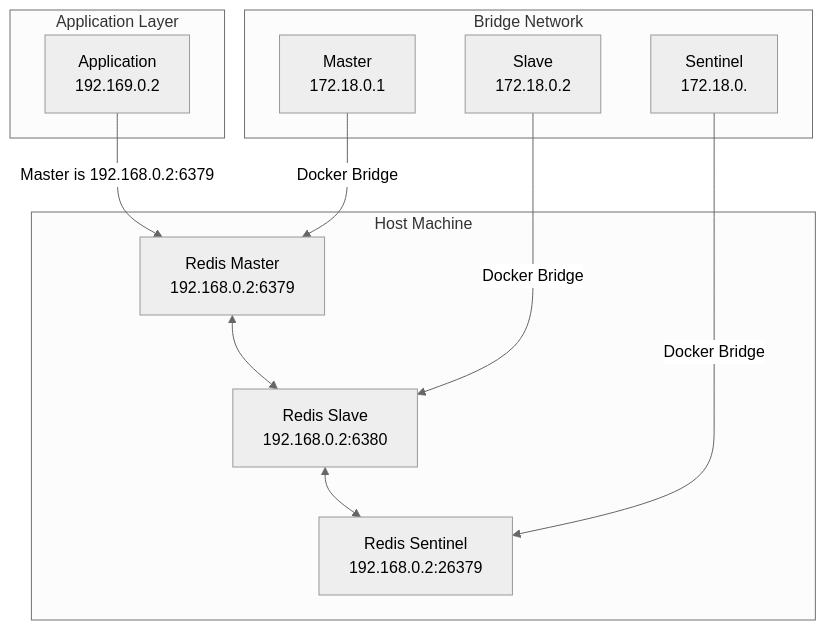
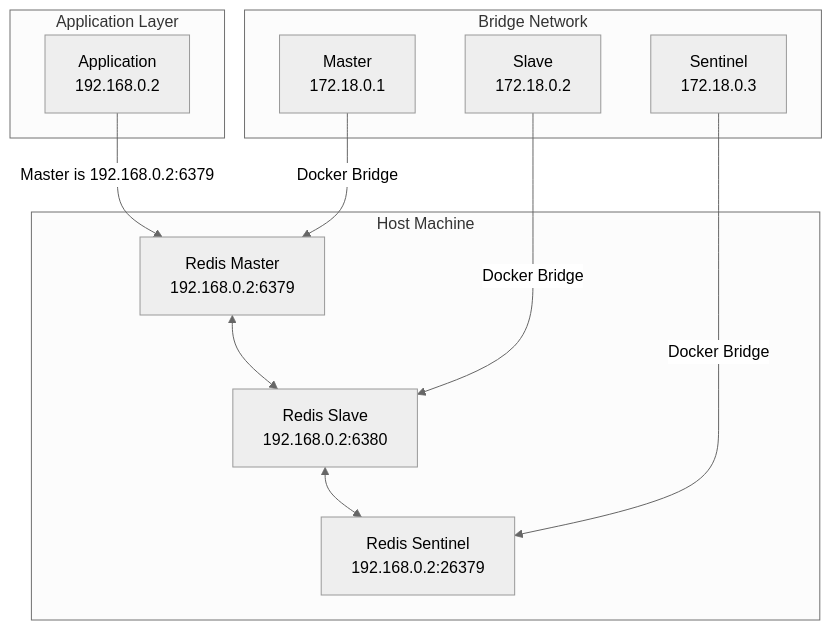
Before and after one commit to shurona/shrona-docs: the diagram in content/03. Spring/004. redis/sentinel을 적용해서 고가용성 유지하기.md, drawn with Mermaid (neutral theme).

Commit message:
Quartz sync: Feb 9, 2025, 10:04 PM

````diff
--- a/content/03. Spring/004. redis/sentinel을 적용해서 고가용성 유지하기.md
+++ b/content/03. Spring/004. redis/sentinel을 적용해서 고가용성 유지하기.md
@@ -30,55 +30,53 @@
 ```mermaid
-
 graph TD
 
-    %% Bridge Network Group
+%% Bridge Network Group
 
-    subgraph "Bridge Network"
+subgraph Bridge Network
 
-        A[Master<br>172.18.0.1]
+A[Master<br/>172.18.0.1]
 
-        B[Slave<br>172.18.0.2]
+B[Slave<br/>172.18.0.2]
 
-        C[Sentinel<br>172.18.0.]
+C[Sentinel<br/>172.18.0.3]
 
-    end
+end
 
   
 
-    %% Host Machine Network
+%% Host Machine Network
 
-    subgraph "Host Machine"
+subgraph Host Machine
 
-        D[Redis Master<br>192.168.0.2:6379] <--> 
-        E[Redis Slave<br>192.168.0.2:6380]
+D[Redis Master<br/>192.168.0.2:6379] <--> E[Redis Slave<br/>192.168.0.2:6380]
 
-        E <--> F[Redis Sentinel<br>192.168.0.2:26379]
+E <--> F[Redis Sentinel<br/>192.168.0.2:26379]
 
-    end
+end
 
   
 
-    %% 연결 관계
+%% 애플리케이션 계층
 
-    A -->|Docker Bridge| D
+subgraph Application Layer
 
-    B -->|Docker Bridge| E
+G[Application<br/>192.168.0.2]
 
-    C -->|Docker Bridge| F
+end
+
+%% 연결 관계
 
   
 
-    %% 애플리케이션 계층
+A -->|Docker Bridge| D
 
-    subgraph "Application Layer"
+B -->|Docker Bridge| E
 
-        G[Application<br>192.169.0.2]
-
-    end
+C -->|Docker Bridge| F
 
   
 
-    %% 애플리케이션과 마스터 연결
+%% 애플리케이션과 마스터 연결
 
-    G -->|Master is 192.168.0.2:6379| D
+G -->|Master is 192.168.0.2:6379| D
 ```
````
